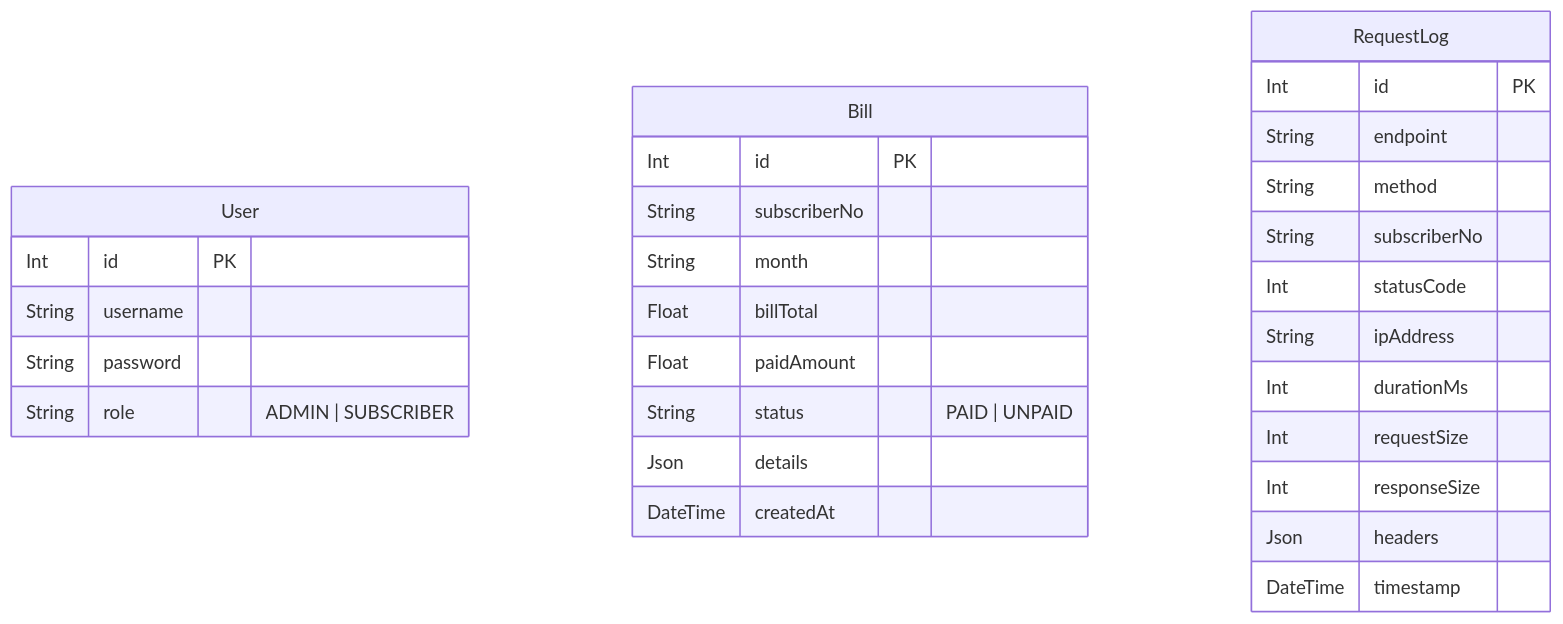
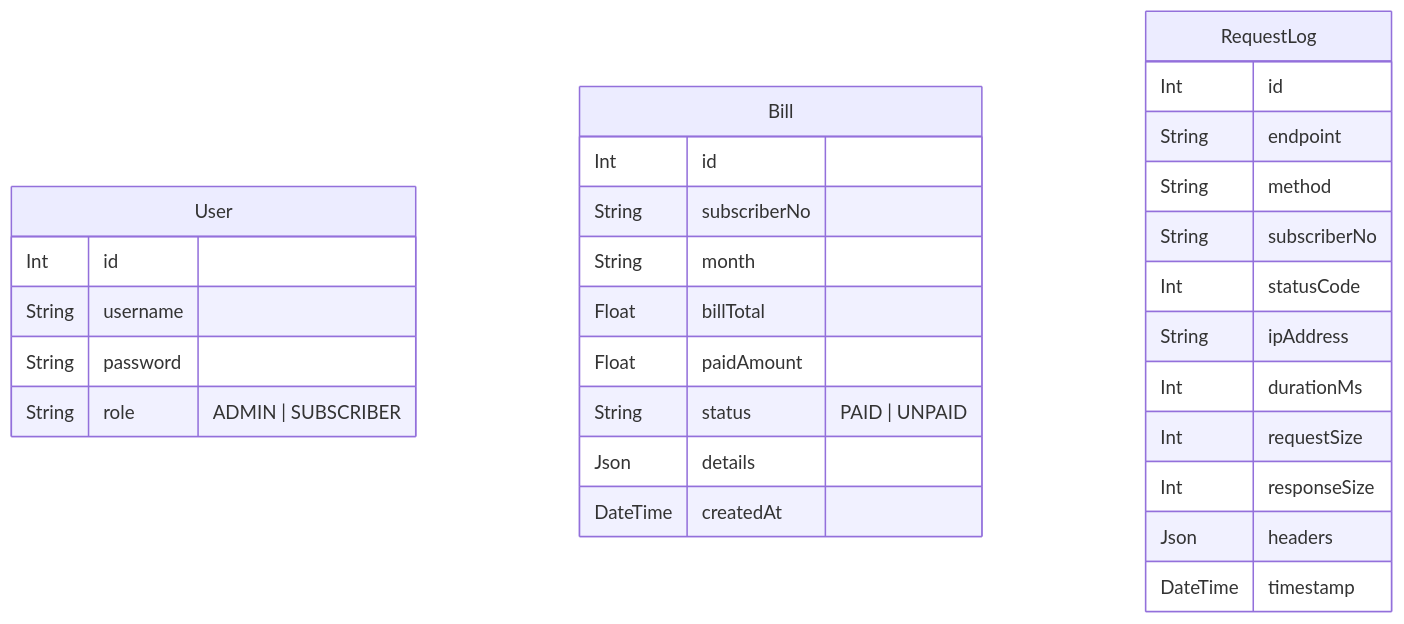
Before and after one commit to ahmetkemalbiliciler/Midterm4458: the diagram in README.md, drawn with Mermaid.

````diff
--- a/README.md
+++ b/README.md
@@ -43,34 +43,34 @@
 ```mermaid
 erDiagram
     User {
-        Int id PK
+        Int id
         String username
         String password
         String role "ADMIN | SUBSCRIBER"
     }
 
     Bill {
-        Int id PK
+        Int id
         String subscriberNo
         String month
         Float billTotal
         Float paidAmount
         String status "PAID | UNPAID"
         Json details
         DateTime createdAt
     }
 
     RequestLog {
-        Int id PK
+        Int id
         String endpoint
         String method
         String subscriberNo
         Int statusCode
         String ipAddress
         Int durationMs
         Int requestSize
         Int responseSize
         Json headers
         DateTime timestamp
     }
 ```
````
